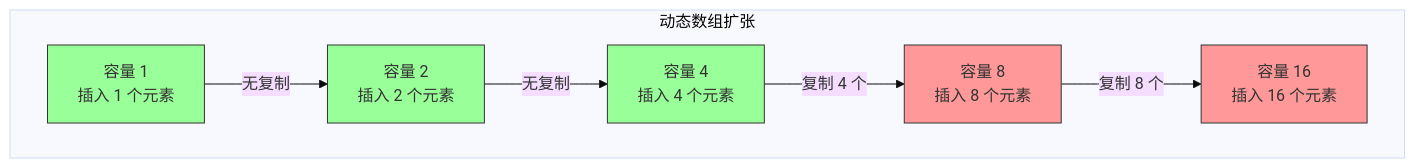
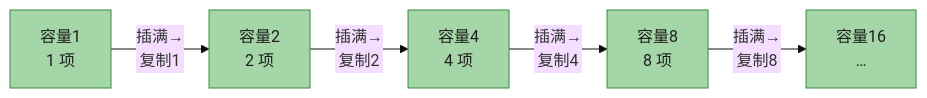
One commit to socoo123/book_reading changed the diagram in IntroductionToAlgorithms/Chapter16_摊还分析_深度版.md. Above: the diagram before and after it, drawn with Mermaid (base theme). The commit also changed other lines of this file and 30 other files, not shown here.

````diff
--- a/IntroductionToAlgorithms/Chapter16_摊还分析_深度版.md
+++ b/IntroductionToAlgorithms/Chapter16_摊还分析_深度版.md
@@ -25,15 +188,11 @@
 ```mermaid
-flowchart TD
-    subgraph 动态数组扩张
-    A["容量 1<br/>插入 1 个元素"] -->|"无复制"| B["容量 2<br/>插入 2 个元素"]
-    B -->|"无复制"| C["容量 4<br/>插入 4 个元素"]
-    C -->|"复制 4 个"| D["容量 8<br/>插入 8 个元素"]
-    D -->|"复制 8 个"| E["容量 16<br/>插入 16 个元素"]
-    end
+flowchart LR
+    A["容量1<br/>1 项"] -->|"插满→<br/>复制1"| B["容量2<br/>2 项"]
+    B -->|"插满→<br/>复制2"| C["容量4<br/>4 项"]
+    C -->|"插满→<br/>复制4"| D["容量8<br/>8 项"]
+    D -->|"插满→<br/>复制8"| E["容量16<br/>…"]
 
-    style A fill:#99ff99,stroke:#333
-    style B fill:#99ff99,stroke:#333
-    style C fill:#99ff99,stroke:#333
-    style D fill:#ff9999,stroke:#333
-    style E fill:#ff9999,stroke:#333
+    classDef cheap fill:#A5D6A7,stroke:#388E3C,color:#1f1f1f
+    classDef expensive fill:#EF9A9A,stroke:#C62828,color:#1f1f1f
+    class A,B,C,D,E cheap
 ```
````
